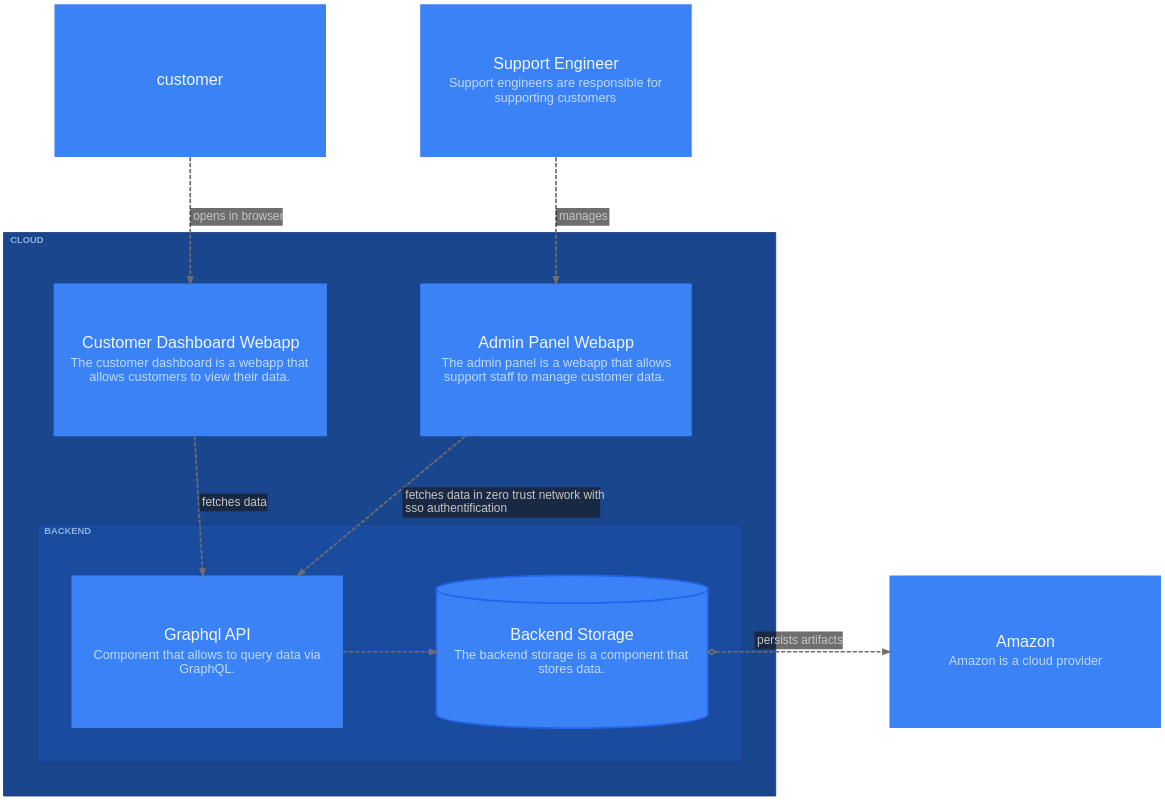
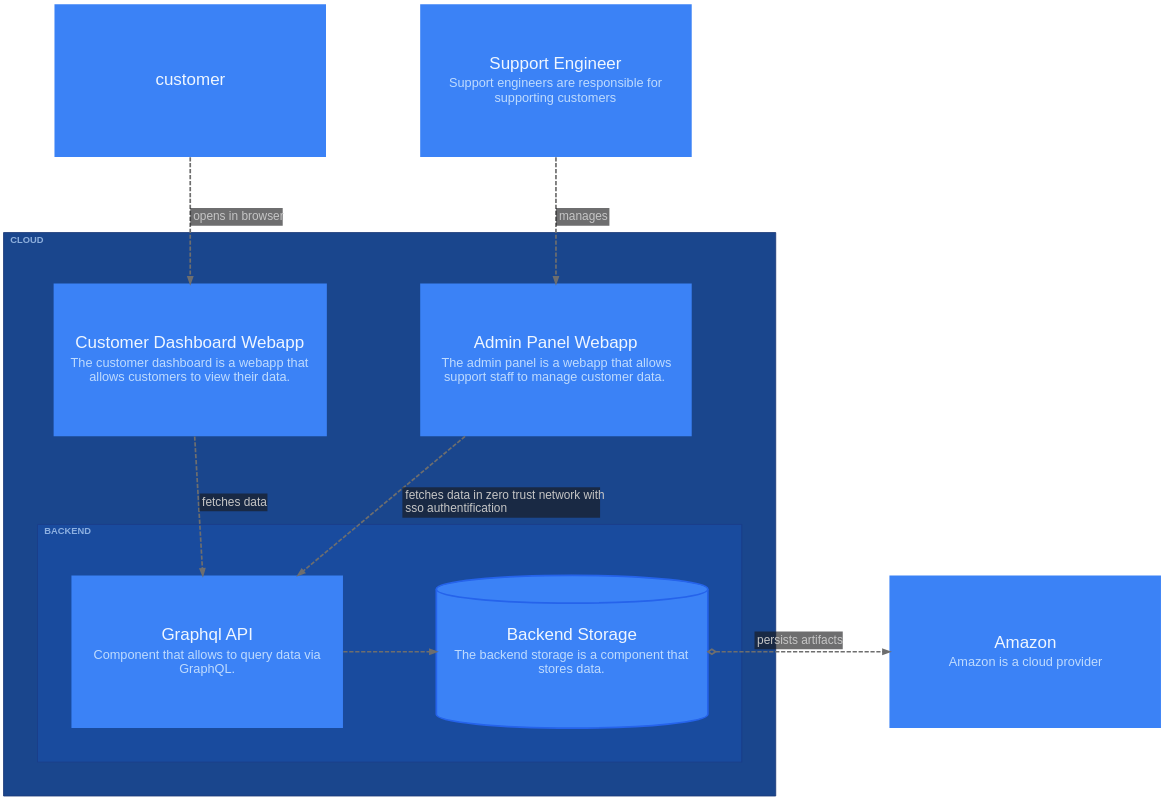
The diagram in packages/layouts/src/graphviz/__snapshots__/ElementViewPrinter-cloud3levels.dot (likec4/likec4), drawn with Graphviz before and after one commit. The commit also changed 41 other files, not shown here.

```diff
--- a/packages/layouts/src/graphviz/__snapshots__/ElementViewPrinter-cloud3levels.dot
+++ b/packages/layouts/src/graphviz/__snapshots__/ElementViewPrinter-cloud3levels.dot
@@ -1,163 +1,163 @@
 digraph {
   likec4_viewId = "cloud3levels";
   bgcolor = "transparent";
   layout = "dot";
   compound = true;
   rankdir = "TB";
   TBbalance = "min";
   splines = "spline";
   outputorder = "nodesfirst";
   nodesep = 1.528;
   ranksep = 1.667;
   pad = 0.209;
   fontname = "Arial";
   graph [
     fontsize = 15;
     labeljust = "l";
     labelloc = "t";
     margin = 50.1;
   ];
   edge [
     arrowsize = 0.75;
     fontname = "Arial";
     fontsize = 14;
     penwidth = 2;
     color = "#6E6E6E";
     fontcolor = "#C6C6C6";
   ];
   node [
     fontname = "Arial";
     shape = "rect";
     fillcolor = "#3b82f6";
     fontcolor = "#eff6ff";
     color = "#2563eb";
     style = "filled";
     penwidth = 0;
   ];
   "customer" [
     likec4_id = "customer";
     likec4_level = 0;
-    label = <<FONT POINT-SIZE="19">customer</FONT>>;
+    label = <<FONT POINT-SIZE="20">customer</FONT>>;
     margin = "0.223,0.223";
     width = 4.445;
     height = 2.5;
   ];
   "support" [
     likec4_id = "support";
     likec4_level = 0;
-    label = <<TABLE BORDER="0" CELLPADDING="0" CELLSPACING="4"><TR><TD><FONT POINT-SIZE="19">Support Engineer</FONT></TD></TR><TR><TD><FONT POINT-SIZE="15" COLOR="#bfdbfe">Support engineers are responsible for<BR/>supporting customers</FONT></TD></TR></TABLE>>;
+    label = <<TABLE BORDER="0" CELLPADDING="0" CELLSPACING="4"><TR><TD><FONT POINT-SIZE="20">Support Engineer</FONT></TD></TR><TR><TD><FONT POINT-SIZE="15" COLOR="#bfdbfe">Support engineers are responsible for<BR/>supporting customers</FONT></TD></TR></TABLE>>;
     margin = "0.223,0.223";
     width = 4.445;
     height = 2.5;
   ];
   "dashboard" [
     likec4_id = "cloud.frontend.dashboard";
     likec4_level = 1;
-    label = <<TABLE BORDER="0" CELLPADDING="0" CELLSPACING="4"><TR><TD><FONT POINT-SIZE="19">Customer Dashboard Webapp</FONT></TD></TR><TR><TD><FONT POINT-SIZE="15" COLOR="#bfdbfe">The customer dashboard is a webapp that<BR/>allows customers to view their data.</FONT></TD></TR></TABLE>>;
+    label = <<TABLE BORDER="0" CELLPADDING="0" CELLSPACING="4"><TR><TD><FONT POINT-SIZE="20">Customer Dashboard Webapp</FONT></TD></TR><TR><TD><FONT POINT-SIZE="15" COLOR="#bfdbfe">The customer dashboard is a webapp that<BR/>allows customers to view their data.</FONT></TD></TR></TABLE>>;
     margin = "0.223,0.223";
     width = 4.445;
     height = 2.5;
     group = "cloud";
   ];
   "adminpanel" [
     likec4_id = "cloud.frontend.adminPanel";
     likec4_level = 1;
-    label = <<TABLE BORDER="0" CELLPADDING="0" CELLSPACING="4"><TR><TD><FONT POINT-SIZE="19">Admin Panel Webapp</FONT></TD></TR><TR><TD><FONT POINT-SIZE="15" COLOR="#bfdbfe">The admin panel is a webapp that allows<BR/>support staff to manage customer data.</FONT></TD></TR></TABLE>>;
+    label = <<TABLE BORDER="0" CELLPADDING="0" CELLSPACING="4"><TR><TD><FONT POINT-SIZE="20">Admin Panel Webapp</FONT></TD></TR><TR><TD><FONT POINT-SIZE="15" COLOR="#bfdbfe">The admin panel is a webapp that allows<BR/>support staff to manage customer data.</FONT></TD></TR></TABLE>>;
     margin = "0.223,0.223";
     width = 4.445;
     height = 2.5;
     group = "cloud";
   ];
   "graphql" [
     likec4_id = "cloud.backend.graphql";
     likec4_level = 2;
-    label = <<TABLE BORDER="0" CELLPADDING="0" CELLSPACING="4"><TR><TD><FONT POINT-SIZE="19">Graphql API</FONT></TD></TR><TR><TD><FONT POINT-SIZE="15" COLOR="#bfdbfe">Component that allows to query data via<BR/>GraphQL.</FONT></TD></TR></TABLE>>;
+    label = <<TABLE BORDER="0" CELLPADDING="0" CELLSPACING="4"><TR><TD><FONT POINT-SIZE="20">Graphql API</FONT></TD></TR><TR><TD><FONT POINT-SIZE="15" COLOR="#bfdbfe">Component that allows to query data via<BR/>GraphQL.</FONT></TD></TR></TABLE>>;
     margin = "0.223,0.223";
     width = 4.445;
     height = 2.5;
     group = "cloud";
   ];
   "storage" [
     likec4_id = "cloud.backend.storage";
     likec4_level = 2;
-    label = <<TABLE BORDER="0" CELLPADDING="0" CELLSPACING="4"><TR><TD><FONT POINT-SIZE="19">Backend Storage</FONT></TD></TR><TR><TD><FONT POINT-SIZE="15" COLOR="#bfdbfe">The backend storage is a component that<BR/>stores data.</FONT></TD></TR></TABLE>>;
+    label = <<TABLE BORDER="0" CELLPADDING="0" CELLSPACING="4"><TR><TD><FONT POINT-SIZE="20">Backend Storage</FONT></TD></TR><TR><TD><FONT POINT-SIZE="15" COLOR="#bfdbfe">The backend storage is a component that<BR/>stores data.</FONT></TD></TR></TABLE>>;
     margin = "0.223,0";
     width = 4.445;
     height = 2.5;
     penwidth = 2;
     shape = "cylinder";
     group = "cloud";
   ];
   "amazon" [
     likec4_id = "amazon";
     likec4_level = 0;
-    label = <<TABLE BORDER="0" CELLPADDING="0" CELLSPACING="4"><TR><TD><FONT POINT-SIZE="19">Amazon</FONT></TD></TR><TR><TD><FONT POINT-SIZE="15" COLOR="#bfdbfe">Amazon is a cloud provider</FONT></TD></TR></TABLE>>;
+    label = <<TABLE BORDER="0" CELLPADDING="0" CELLSPACING="4"><TR><TD><FONT POINT-SIZE="20">Amazon</FONT></TD></TR><TR><TD><FONT POINT-SIZE="15" COLOR="#bfdbfe">Amazon is a cloud provider</FONT></TD></TR></TABLE>>;
     margin = "0.223,0.223";
     width = 4.445;
     height = 2.5;
   ];
   subgraph "cluster_cloud" {
     likec4_id = "cloud";
     likec4_level = 0;
     likec4_depth = 2;
     fillcolor = "#1a468d";
     color = "#1c3979";
     style = "filled";
     margin = 40;
     label = <<FONT POINT-SIZE="11" COLOR="#bfdbfeb3"><B>CLOUD</B></FONT>>;
     "dashboard";
     "adminpanel";
     subgraph "cluster_backend" {
       likec4_id = "cloud.backend";
       likec4_level = 1;
       likec4_depth = 1;
       fillcolor = "#194b9e";
       color = "#1b3d88";
       style = "filled";
       margin = 40;
       label = <<FONT POINT-SIZE="11" COLOR="#bfdbfeb3"><B>BACKEND</B></FONT>>;
       "graphql";
       "storage";
     }
   }
   "customer" -> "dashboard" [
     likec4_id = "customer:cloud.frontend.dashboard";
     style = "dashed";
     label = <<TABLE BORDER="0" CELLPADDING="3" CELLSPACING="0" BGCOLOR="#18191bA0"><TR><TD ALIGN="TEXT" BALIGN="LEFT"><FONT POINT-SIZE="14">opens in browser</FONT></TD></TR></TABLE>>;
     arrowhead = "normal";
   ];
   "support" -> "adminpanel" [
     likec4_id = "support:cloud.frontend.adminPanel";
     style = "dashed";
     label = <<TABLE BORDER="0" CELLPADDING="3" CELLSPACING="0" BGCOLOR="#18191bA0"><TR><TD ALIGN="TEXT" BALIGN="LEFT"><FONT POINT-SIZE="14">manages</FONT></TD></TR></TABLE>>;
     arrowhead = "normal";
   ];
   "adminpanel" -> "graphql" [
     likec4_id = "cloud.frontend.adminPanel:cloud.backend.graphql";
     style = "dashed";
     label = <<TABLE BORDER="0" CELLPADDING="3" CELLSPACING="0" BGCOLOR="#18191bA0"><TR><TD ALIGN="TEXT" BALIGN="LEFT"><FONT POINT-SIZE="14">fetches data in zero trust network with<BR/>sso authentification</FONT></TD></TR></TABLE>>;
     arrowhead = "normal";
   ];
   "dashboard" -> "graphql" [
     likec4_id = "cloud.frontend.dashboard:cloud.backend.graphql";
     style = "dashed";
     label = <<TABLE BORDER="0" CELLPADDING="3" CELLSPACING="0" BGCOLOR="#18191bA0"><TR><TD ALIGN="TEXT" BALIGN="LEFT"><FONT POINT-SIZE="14">fetches data</FONT></TD></TR></TABLE>>;
     arrowhead = "normal";
   ];
   "storage" -> "amazon" [
     likec4_id = "cloud.backend.storage:amazon";
     style = "dashed";
     label = <<TABLE BORDER="0" CELLPADDING="3" CELLSPACING="0" BGCOLOR="#18191bA0"><TR><TD ALIGN="TEXT" BALIGN="LEFT"><FONT POINT-SIZE="14">persists artifacts</FONT></TD></TR></TABLE>>;
     arrowhead = "normal";
     arrowtail = "odiamond";
     dir = "both";
     minlen = 0;
   ];
   "graphql" -> "storage" [
     likec4_id = "cloud.backend.graphql:cloud.backend.storage";
     style = "dashed";
     weight = 3;
     arrowhead = "normal";
     minlen = 0;
   ];
 }
```
